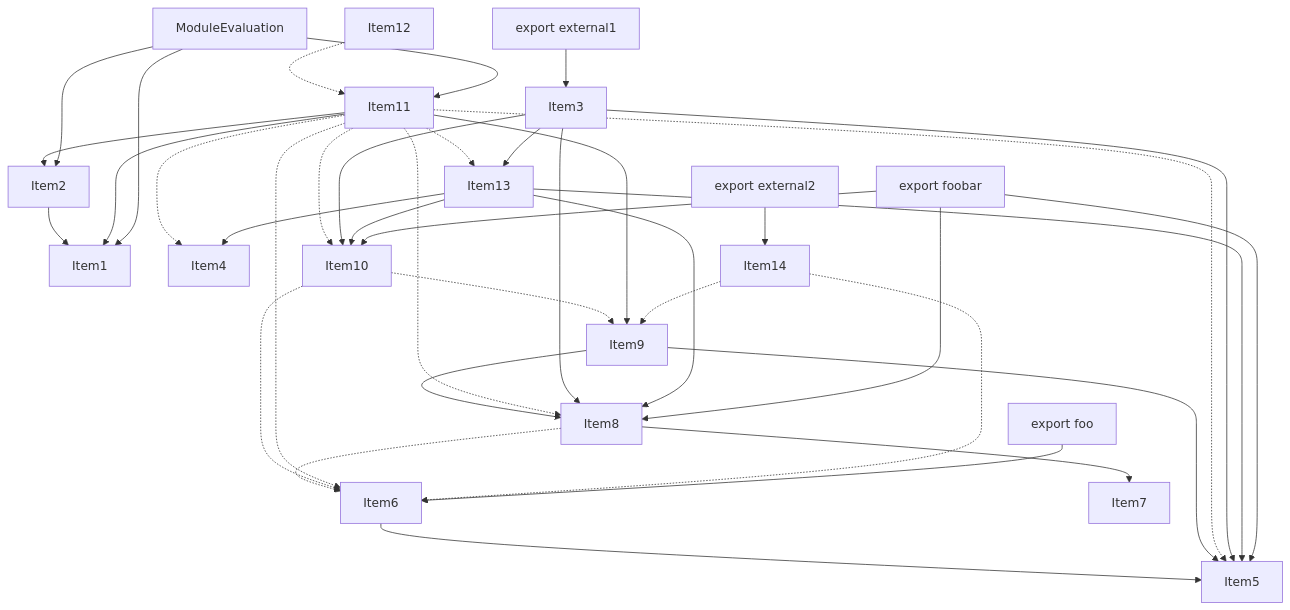
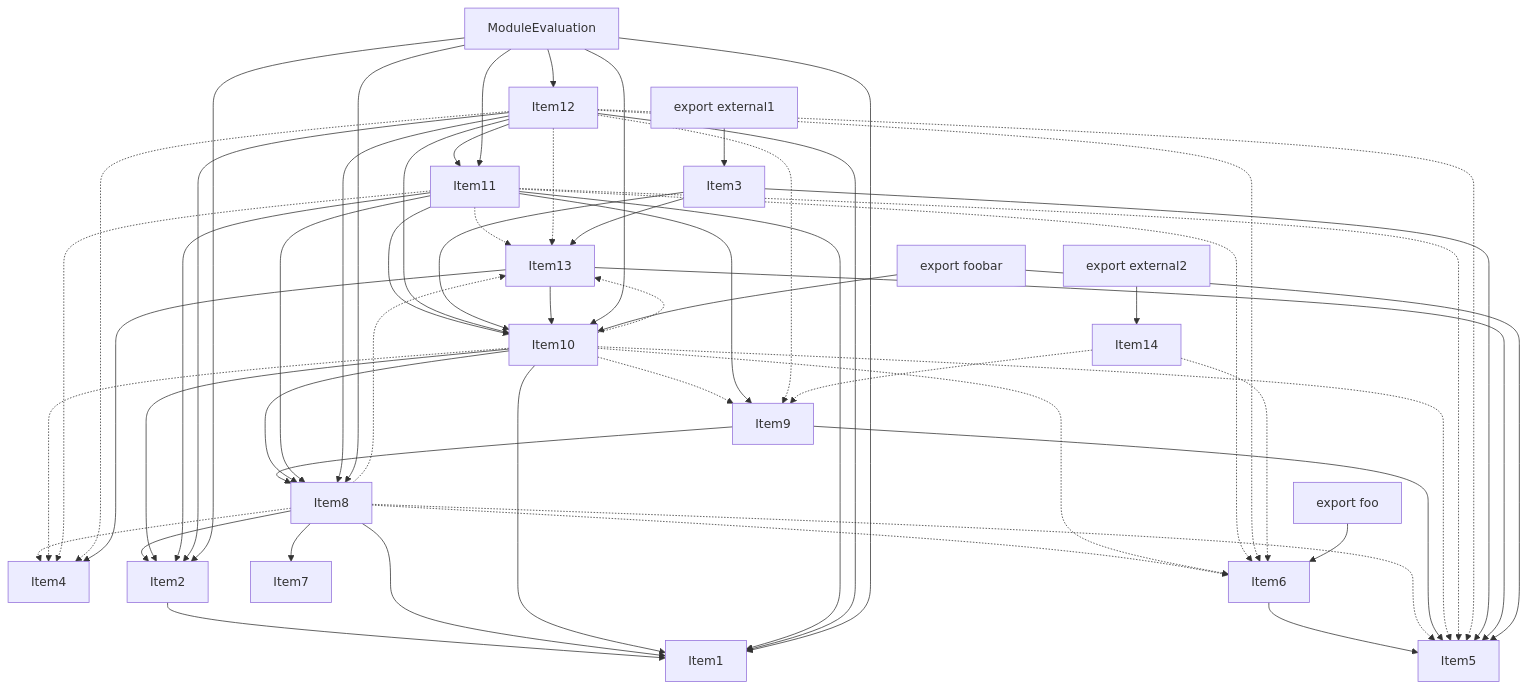
One commit to vercel/turborepo changed the fourth of 5 diagrams in crates/turbopack-ecmascript/tests/tree-shaker/analyzer/2/output.md. Above: the diagram before and after it, drawn with Mermaid. The commit also changed other lines of this file and 3 other files, not shown here.

```diff
--- a/crates/turbopack-ecmascript/tests/tree-shaker/analyzer/2/output.md
+++ b/crates/turbopack-ecmascript/tests/tree-shaker/analyzer/2/output.md
@@ -316,36 +357,56 @@
     Item6 --> Item5;
     Item8 --> Item7;
     Item8 -.-> Item6;
+    Item8 --> Item1;
+    Item8 --> Item2;
+    Item8 -.-> Item13;
+    Item8 -.-> Item5;
+    Item8 -.-> Item4;
     Item9 --> Item5;
     Item9 --> Item8;
     Item10 -.-> Item6;
     Item10 -.-> Item9;
+    Item10 --> Item1;
+    Item10 --> Item2;
+    Item10 --> Item8;
+    Item10 -.-> Item13;
+    Item10 -.-> Item5;
+    Item10 -.-> Item4;
     Item11 --> Item9;
     Item11 --> Item1;
     Item11 --> Item2;
+    Item11 --> Item8;
+    Item11 --> Item10;
     Item11 -.-> Item13;
     Item11 -.-> Item5;
-    Item11 -.-> Item8;
-    Item11 -.-> Item10;
     Item11 -.-> Item6;
     Item11 -.-> Item4;
-    Item12 -.-> Item11;
+    Item12 --> Item11;
+    Item12 --> Item1;
+    Item12 --> Item2;
+    Item12 --> Item8;
+    Item12 --> Item10;
+    Item12 -.-> Item13;
+    Item12 -.-> Item5;
+    Item12 -.-> Item6;
+    Item12 -.-> Item9;
+    Item12 -.-> Item4;
     Item3 --> Item13;
     Item3 --> Item5;
-    Item3 --> Item8;
     Item3 --> Item10;
     Item13 --> Item4;
     Item13 --> Item5;
-    Item13 --> Item8;
     Item13 --> Item10;
     Item14 -.-> Item6;
     Item14 -.-> Item9;
     Item15 --> Item1;
     Item15 --> Item2;
+    Item15 --> Item8;
+    Item15 --> Item10;
     Item15 --> Item11;
+    Item15 --> Item12;
     Item16 --> Item3;
     Item17 --> Item5;
-    Item17 --> Item8;
     Item17 --> Item10;
     Item18 --> Item6;
     Item19 --> Item14;
```
